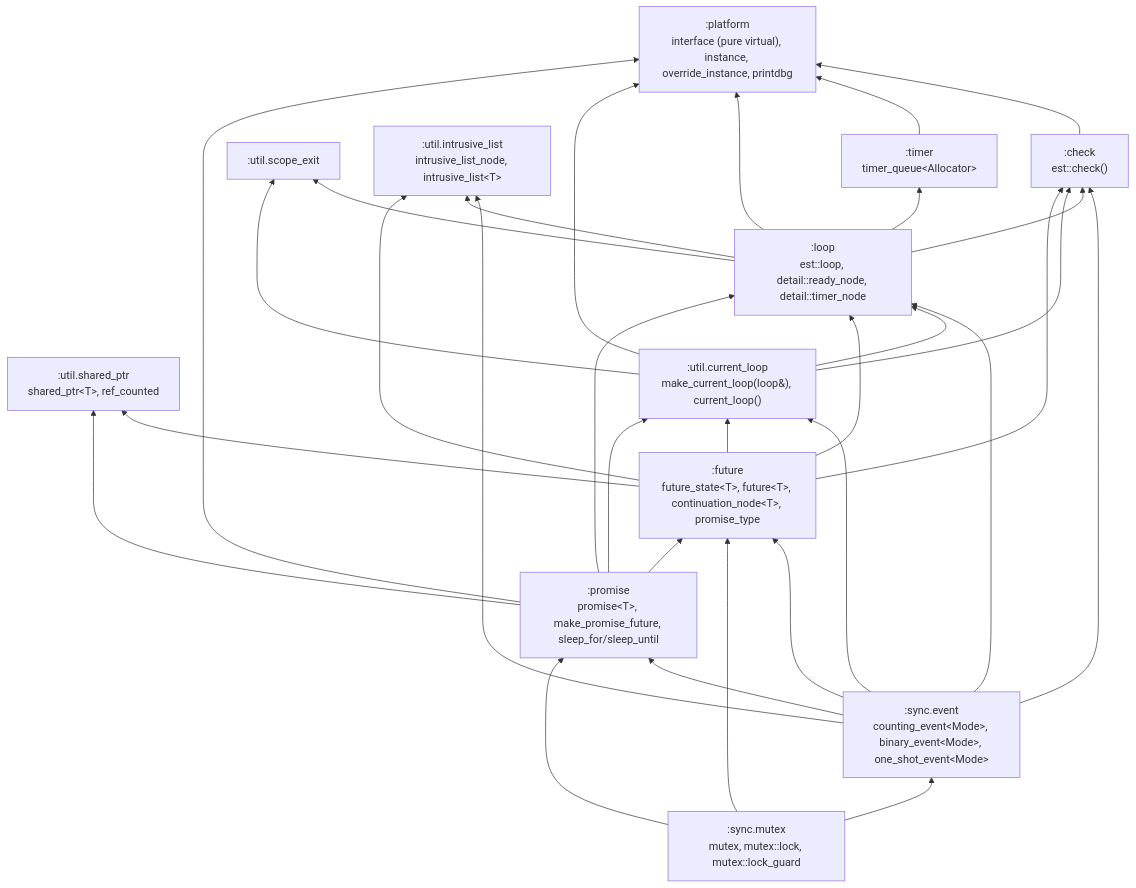
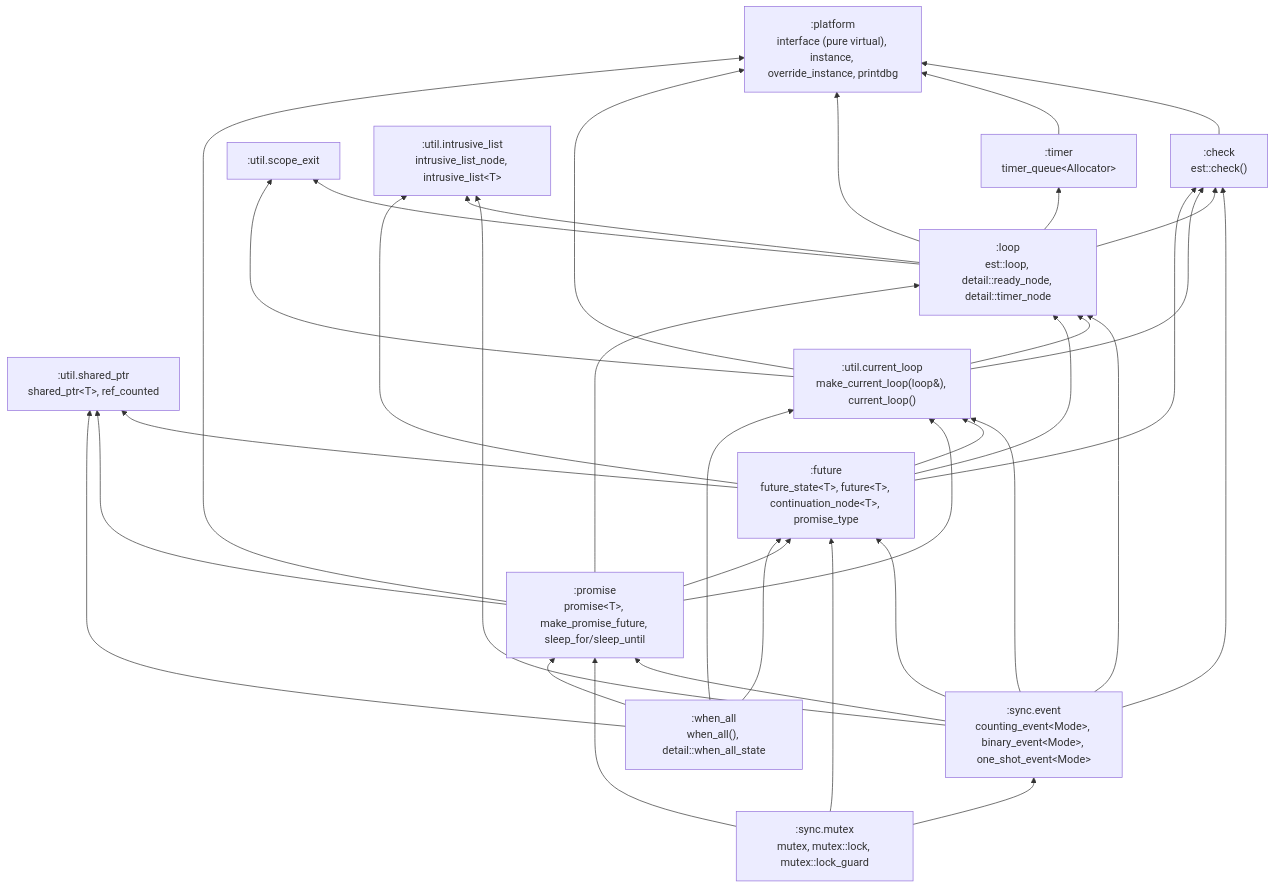
The first of 2 diagrams in docs/wiki/Architecture.md (andijcr/async_experiments), drawn with Mermaid before and after one commit. The commit also changed other lines of this file and 8 other files, not shown here.

First line of the commit message:
Add est::when_all() combinator (issue #54)

````diff
--- a/docs/wiki/Architecture.md
+++ b/docs/wiki/Architecture.md
@@ -10,46 +10,51 @@
 ```mermaid
 graph BT
   platform[":platform<br/>interface (pure virtual), instance, override_instance, printdbg"]
   check[":check<br/>est::check()"]
   scope_exit[":util.scope_exit"]
   shared_ptr[":util.shared_ptr<br/>shared_ptr&lt;T&gt;, ref_counted"]
   intrusive_list[":util.intrusive_list<br/>intrusive_list_node, intrusive_list&lt;T&gt;"]
   event[":sync.event<br/>counting_event&lt;Mode&gt;, binary_event&lt;Mode&gt;, one_shot_event&lt;Mode&gt;"]
   mutex[":sync.mutex<br/>mutex, mutex::lock, mutex::lock_guard"]
   timer[":timer<br/>timer_queue&lt;Allocator&gt;"]
   loop[":loop<br/>est::loop, detail::ready_node, detail::timer_node"]
   current_loop[":util.current_loop<br/>make_current_loop(loop&amp;), current_loop()"]
   future[":future<br/>future_state&lt;T&gt;, future&lt;T&gt;, continuation_node&lt;T&gt;, promise_type"]
   promise[":promise<br/>promise&lt;T&gt;, make_promise_future, sleep_for/sleep_until"]
+  when_all[":when_all<br/>when_all(), detail::when_all_state"]
 
   check --> platform
   event --> check
   event --> intrusive_list
   event --> loop
   event --> future
   event --> promise
   event --> current_loop
   mutex --> future
   mutex --> promise
   mutex --> event
   timer --> platform
   loop --> check
   loop --> platform
   loop --> intrusive_list
   loop --> timer
   loop --> scope_exit
   current_loop --> check
   current_loop --> loop
   current_loop --> platform
   current_loop --> scope_exit
   future --> check
   future --> loop
   future --> intrusive_list
   future --> shared_ptr
   future --> current_loop
   promise --> future
   promise --> loop
   promise --> platform
   promise --> shared_ptr
   promise --> current_loop
+  when_all --> future
+  when_all --> promise
+  when_all --> shared_ptr
+  when_all --> current_loop
 ```
````
